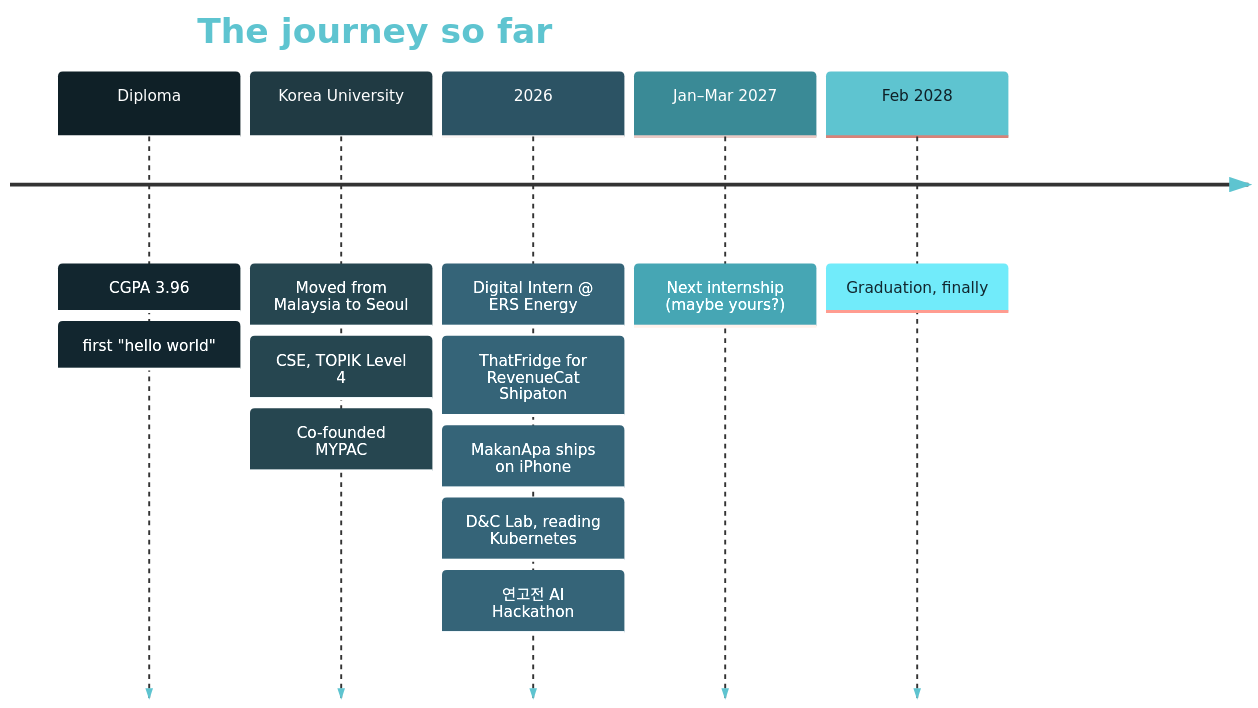
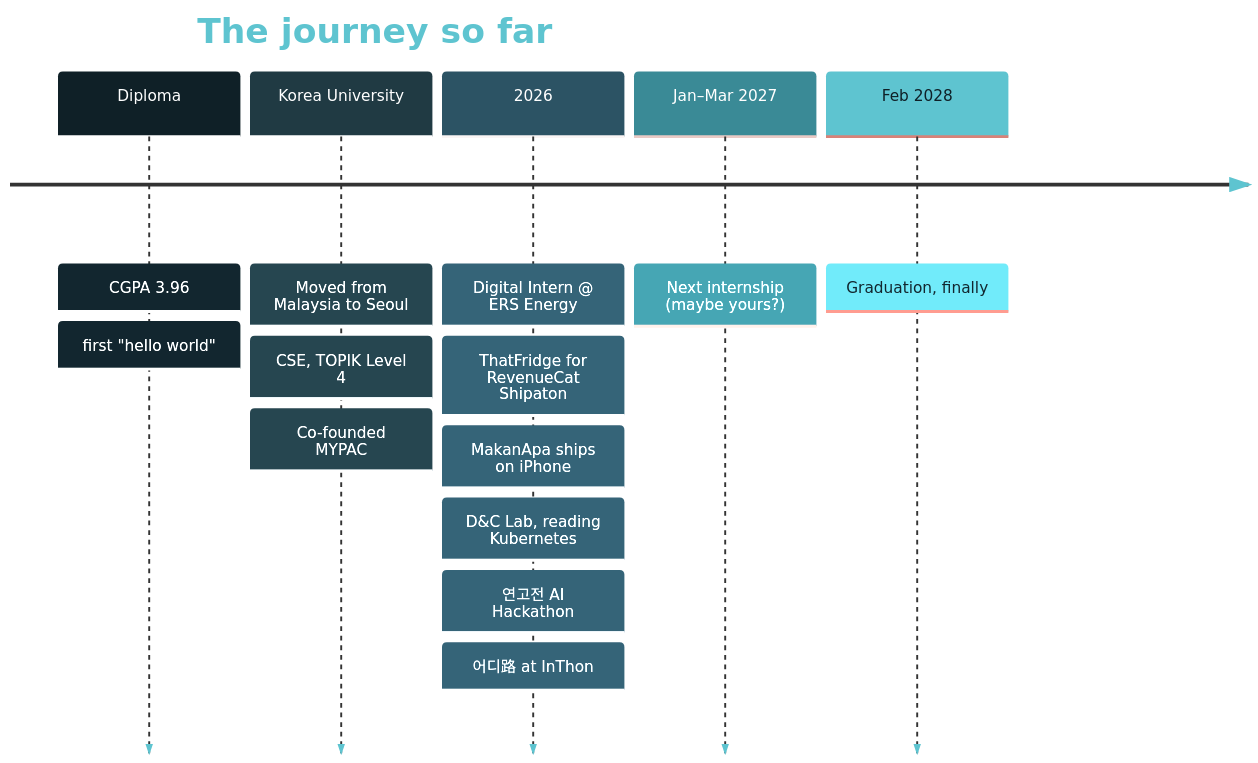
Before and after one commit to keirara04/keirara04: the diagram in README.md, drawn with Mermaid. The commit also changed other lines of this file, not shown here.

Commit message:
feat: add 어디路 (InThon 2026) project card

````diff
--- a/README.md
+++ b/README.md
@@ -224,10 +248,10 @@
 ```mermaid
 %%{init: {"theme": "base", "themeVariables": {"fontFamily": "Fira Code, monospace", "textColor": "#5EC4D0", "titleColor": "#5EC4D0", "lineColor": "#5EC4D0", "cScale0": "#0F2027", "cScale1": "#203A43", "cScale2": "#2C5364", "cScale3": "#3A8A96", "cScale4": "#5EC4D0", "cScaleLabel0": "#FFFFFF", "cScaleLabel1": "#FFFFFF", "cScaleLabel2": "#FFFFFF", "cScaleLabel3": "#FFFFFF", "cScaleLabel4": "#0F2027"}}}%%
 timeline
     title The journey so far
     Diploma : CGPA 3.96 : first "hello world"
     Korea University : Moved from Malaysia to Seoul : CSE, TOPIK Level 4 : Co-founded MYPAC
-    2026 : Digital Intern @ ERS Energy : ThatFridge for RevenueCat Shipaton : MakanApa ships on iPhone : D&C Lab, reading Kubernetes : 연고전 AI Hackathon
+    2026 : Digital Intern @ ERS Energy : ThatFridge for RevenueCat Shipaton : MakanApa ships on iPhone : D&C Lab, reading Kubernetes : 연고전 AI Hackathon : 어디路 at InThon
     Jan–Mar 2027 : Next internship (maybe yours?)
     Feb 2028 : Graduation, finally
 ```
````
